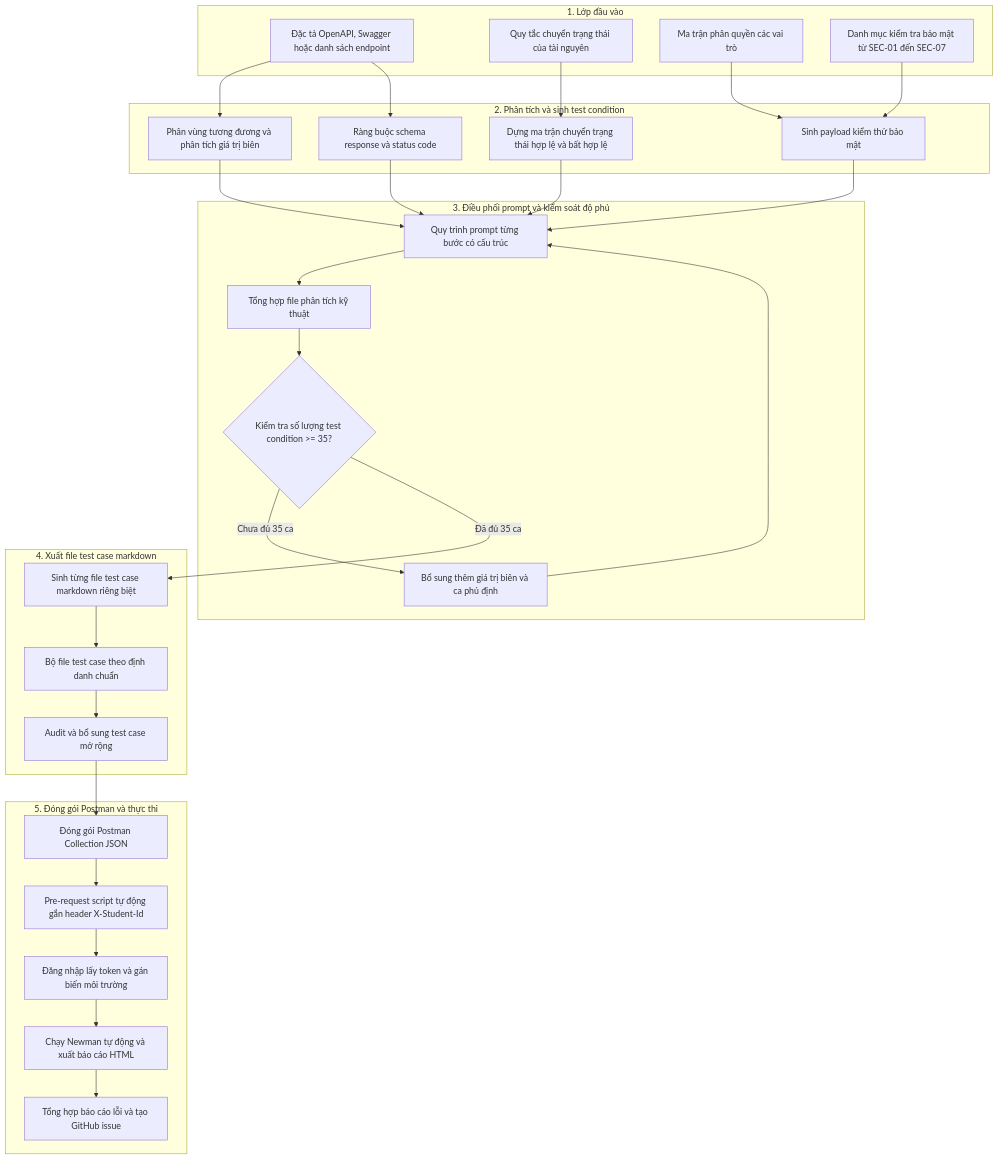
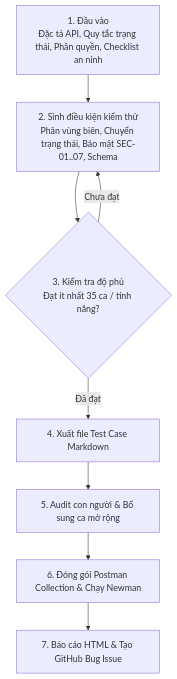
Before and after one commit to iamDicun/Group06_HW2_Testing: the diagram in submission/ai_test_generator_design.md, drawn with Mermaid. The commit also changed other lines of this file, not shown here.

Commit message:
docs(design): simplify architecture diagram in ai_test_generator_design.md

````diff
--- a/submission/ai_test_generator_design.md
+++ b/submission/ai_test_generator_design.md
@@ -7,64 +7,10 @@
 ```mermaid
 flowchart TD
-    subgraph INPUT ["1. Lớp đầu vào"]
-        A1["Đặc tả OpenAPI, Swagger hoặc danh sách endpoint"]
-        A2["Quy tắc chuyển trạng thái của tài nguyên"]
-        A3["Ma trận phân quyền các vai trò"]
-        A4["Danh mục kiểm tra bảo mật từ SEC-01 đến SEC-07"]
-    end
-
-    subgraph DECOMPOSITION ["2. Phân tích và sinh test condition"]
-        B1["Phân vùng tương đương và phân tích giá trị biên"]
-        B2["Dựng ma trận chuyển trạng thái hợp lệ và bất hợp lệ"]
-        B3["Sinh payload kiểm thử bảo mật"]
-        B4["Ràng buộc schema response và status code"]
-    end
-
-    subgraph ORCHESTRATION ["3. Điều phối prompt và kiểm soát độ phủ"]
-        C1["Quy trình prompt từng bước có cấu trúc"]
-        C2["Tổng hợp file phân tích kỹ thuật"]
-        C3{"Kiểm tra số lượng test condition >= 35?"}
-        C4["Bổ sung thêm giá trị biên và ca phủ định"]
-    end
-
-    subgraph EXPORT ["4. Xuất file test case markdown"]
-        D1["Sinh từng file test case markdown riêng biệt"]
-        D2["Bộ file test case theo định danh chuẩn"]
-        D3["Audit và bổ sung test case mở rộng"]
-    end
-
-    subgraph PACKAGING ["5. Đóng gói Postman và thực thi"]
-        E1["Đóng gói Postman Collection JSON"]
-        E2["Pre-request script tự động gắn header X-Student-Id"]
-        E3["Đăng nhập lấy token và gán biến môi trường"]
-        E4["Chạy Newman tự động và xuất báo cáo HTML"]
-        E5["Tổng hợp báo cáo lỗi và tạo GitHub issue"]
-    end
-
-    %% Luồng liên kết giữa các thành phần
-    A1 --> B1
-    A1 --> B4
-    A2 --> B2
-    A3 --> B3
-    A4 --> B3
-
-    B1 --> C1
-    B2 --> C1
-    B3 --> C1
-    B4 --> C1
-
-    C1 --> C2
-    C2 --> C3
-    C3 -- Chưa đủ 35 ca --> C4
-    C4 --> C1
-    C3 -- Đã đủ 35 ca --> D1
-
-    D1 --> D2
-    D2 --> D3
-    D3 --> E1
-
-    E1 --> E2
-    E2 --> E3
-    E3 --> E4
-    E4 --> E5
+    A["1. Đầu vào<br/>Đặc tả API, Quy tắc trạng thái, Phân quyền, Checklist an ninh"] --> B["2. Sinh điều kiện kiểm thử<br/>Phân vùng biên, Chuyển trạng thái, Bảo mật SEC-01..07, Schema"]
+    B --> C{"3. Kiểm tra độ phủ<br/>Đạt ít nhất 35 ca / tính năng?"}
+    C -- Chưa đạt --> B
+    C -- Đã đạt --> D["4. Xuất file Test Case Markdown"]
+    D --> E["5. Audit con người & Bổ sung ca mở rộng"]
+    E --> F["6. Đóng gói Postman Collection & Chạy Newman"]
+    F --> G["7. Báo cáo HTML & Tạo GitHub Bug Issue"]
 ```
````
